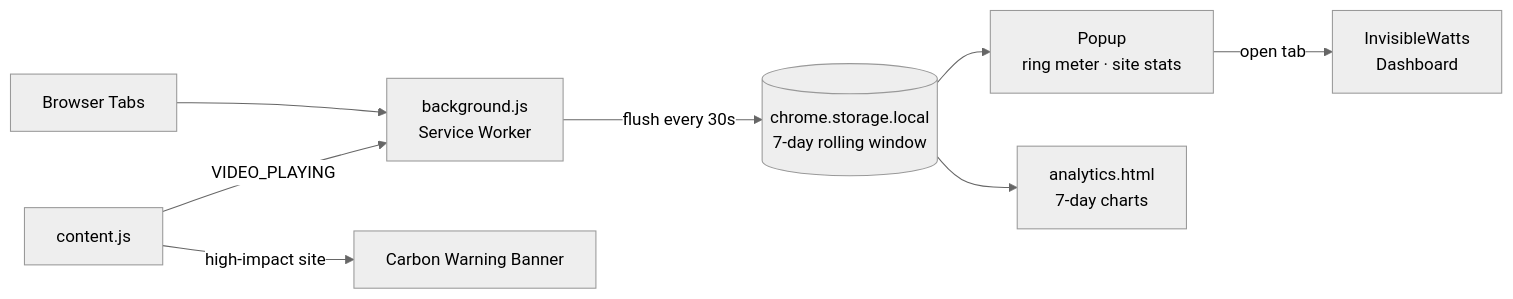
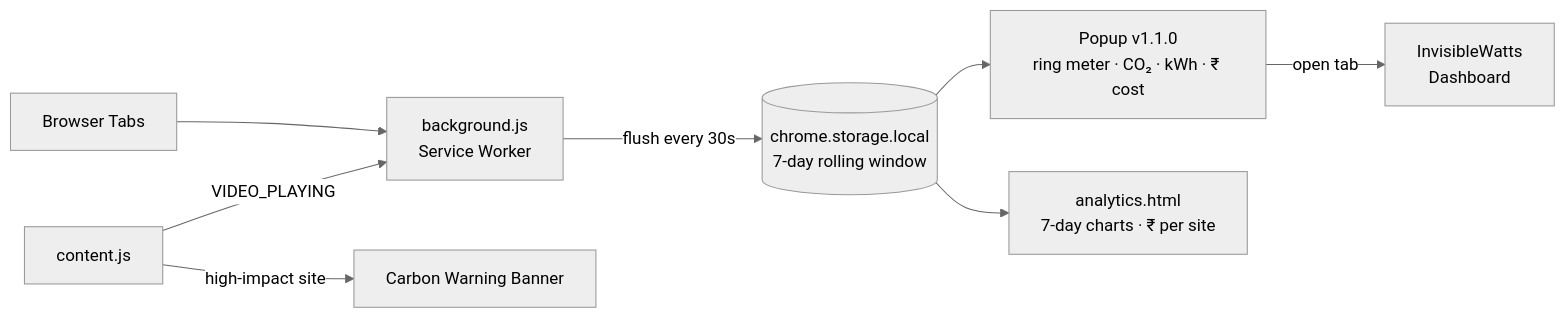
Before and after one commit to manasdutta04/invisiblewatts: the second of 3 diagrams in README.md, drawn with Mermaid (neutral theme). The commit also changed other lines of this file and 4 other files, not shown here.

````diff
--- a/README.md
+++ b/README.md
@@ -95,10 +103,10 @@
 ```mermaid
 flowchart LR
     T[Browser Tabs] --> BG["background.js<br/>Service Worker"]
     CS[content.js] -->|VIDEO_PLAYING| BG
     BG -->|flush every 30s| ST[("chrome.storage.local<br/>7-day rolling window")]
     CS -->|high-impact site| BN[Carbon Warning Banner]
-    ST --> POP["Popup<br/>ring meter · site stats"]
-    ST --> ANA["analytics.html<br/>7-day charts"]
+    ST --> POP["Popup v1.1.0<br/>ring meter · CO₂ · kWh · ₹ cost"]
+    ST --> ANA["analytics.html<br/>7-day charts · ₹ per site"]
     POP -->|open tab| DASH["InvisibleWatts<br/>Dashboard"]
 ```
````
